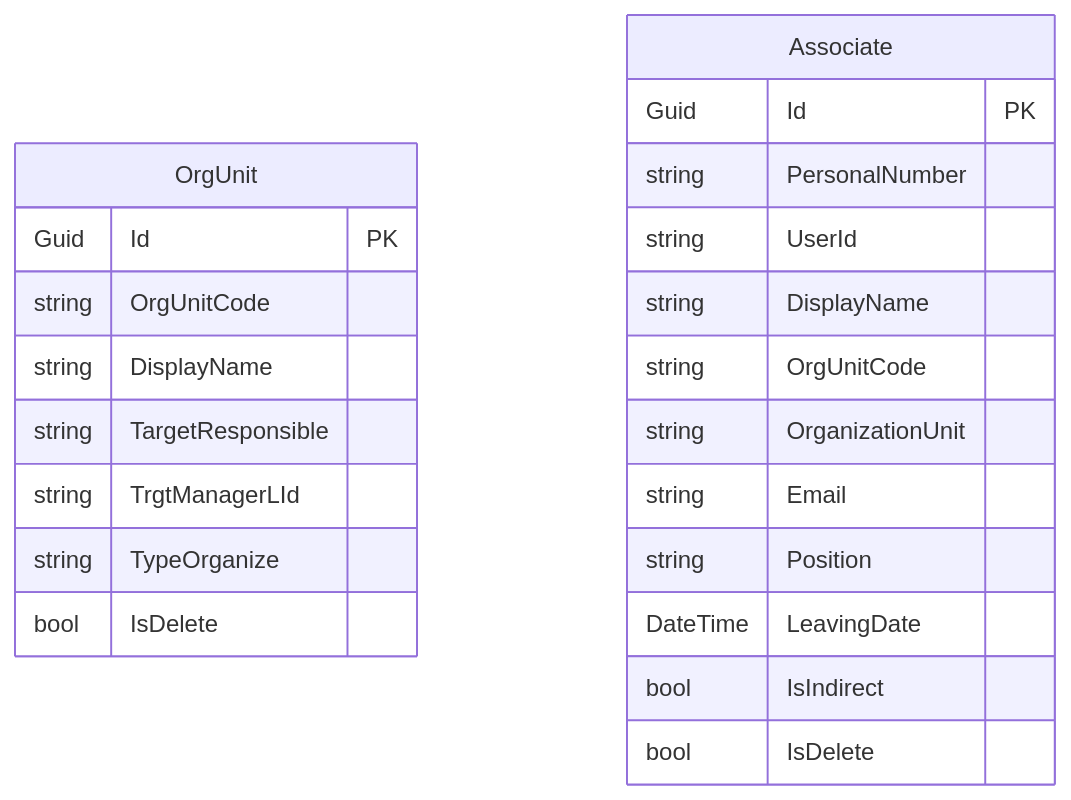
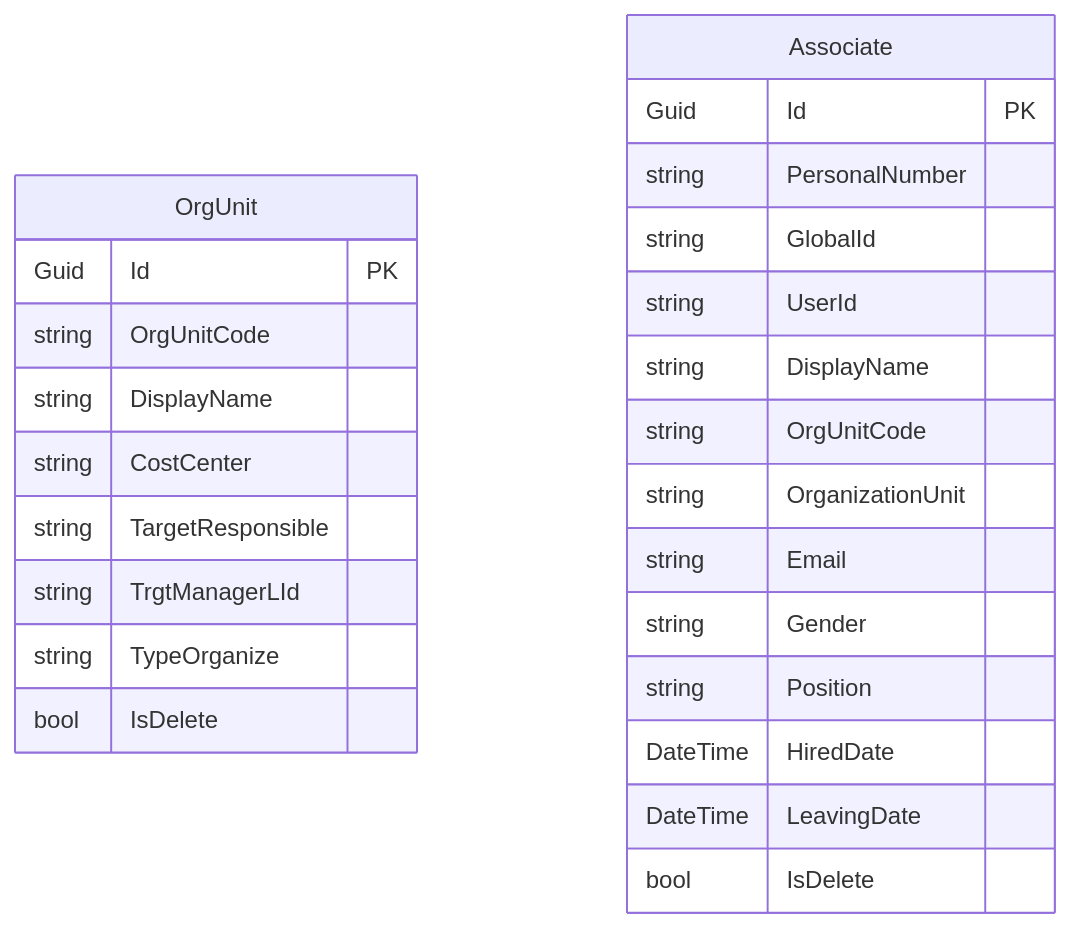
One commit to Songlong0506/ICOGenerator-v4 changed the ninth of 9 diagrams in docs/data-model.md. Above: the diagram before and after it, drawn with Mermaid. The commit also changed other lines of this file and 39 other files, not shown here.

````diff
--- a/docs/data-model.md
+++ b/docs/data-model.md
@@ -544,26 +551,29 @@
 ```mermaid
 erDiagram
     OrgUnit {
         Guid Id PK
         string OrgUnitCode
         string DisplayName
+        string CostCenter
         string TargetResponsible
         string TrgtManagerLId
         string TypeOrganize
         bool IsDelete
     }
 
     Associate {
         Guid Id PK
         string PersonalNumber
+        string GlobalId
         string UserId
         string DisplayName
         string OrgUnitCode
         string OrganizationUnit
         string Email
+        string Gender
         string Position
+        DateTime HiredDate
         DateTime LeavingDate
-        bool IsIndirect
         bool IsDelete
     }
 ```
````
